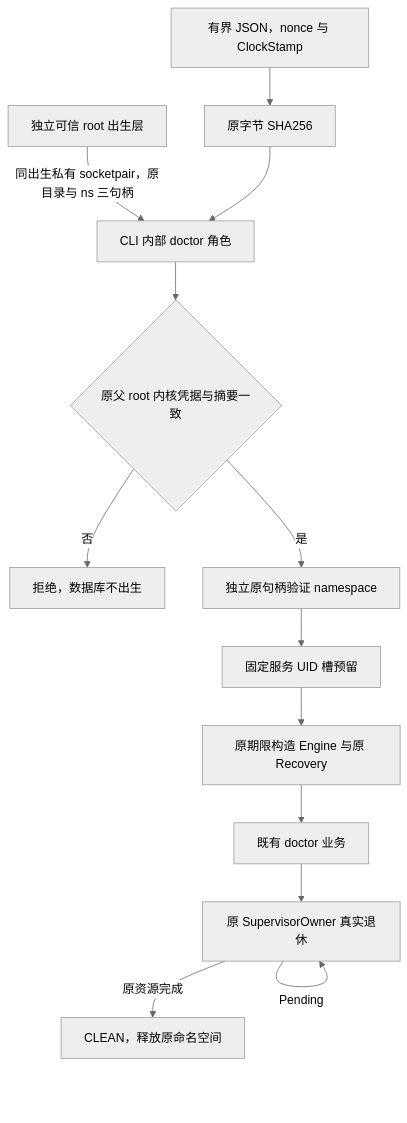
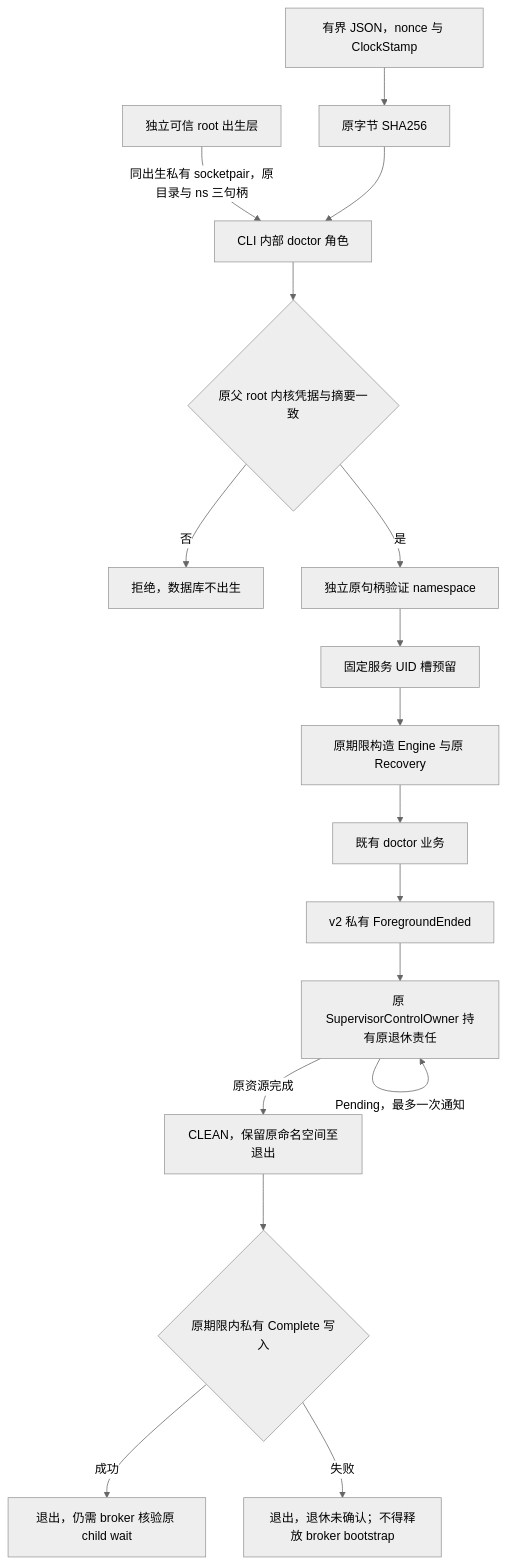
One commit to loong10k/diskgraph changed the diagram in openspec/changes/implement-diskgraph-platform/linux_supervisor_birth_constructor.md. Above: the diagram before and after it, drawn with Mermaid (neutral theme). The commit also changed other lines of this file and 17 other files, not shown here.

Commit message:
feat(supervisor): authenticate Linux control frames by actual sender credentials

````diff
--- a/openspec/changes/implement-diskgraph-platform/linux_supervisor_birth_constructor.md
+++ b/openspec/changes/implement-diskgraph-platform/linux_supervisor_birth_constructor.md
@@ -5,15 +5,19 @@
 ```mermaid
 flowchart TD
     R[独立可信 root 出生层] -->|同出生私有 socketpair，原目录与 ns 三句柄| A[CLI 内部 doctor 角色]
     J[有界 JSON，nonce 与 ClockStamp] --> H[原字节 SHA256]
     H --> A
     A --> V{原父 root 内核凭据与摘要一致}
     V -->|否| X[拒绝，数据库不出生]
     V -->|是| N[独立原句柄验证 namespace]
     N --> S[固定服务 UID 槽预留]
     S --> E[原期限构造 Engine 与原 Recovery]
     E --> D[既有 doctor 业务]
-    D --> O[原 SupervisorOwner 真实退休]
-    O -->|Pending| O
-    O -->|原资源完成| C[CLEAN，释放原命名空间]
+    D --> F[v2 私有 ForegroundEnded]
+    F --> O[原 SupervisorControlOwner 持有原退休责任]
+    O -->|Pending，最多一次通知| O
+    O -->|原资源完成| C[CLEAN，保留原命名空间至退出]
+    C --> P{原期限内私有 Complete 写入}
+    P -->|成功| W[退出，仍需 broker 核验原 child wait]
+    P -->|失败| U[退出，退休未确认；不得释放 broker bootstrap]
 ```
````
